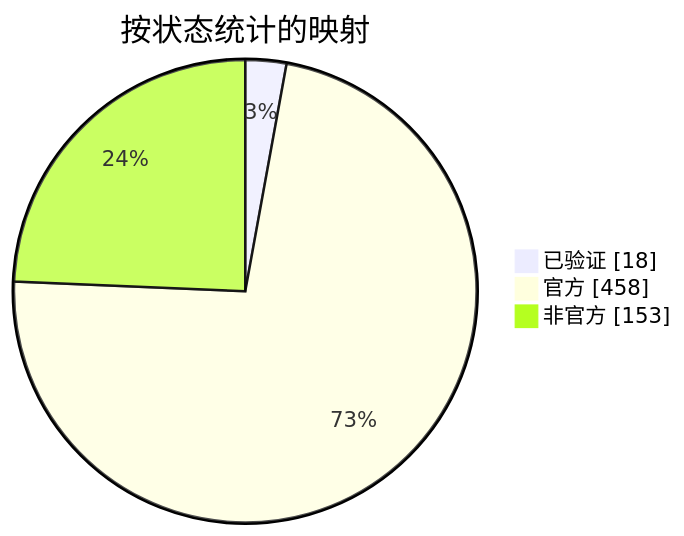
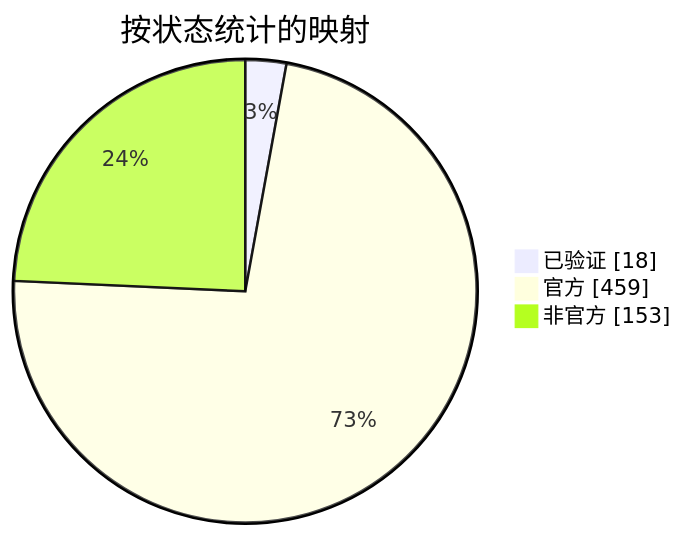
One commit to nobrega8/mbmap-library changed the diagram in docs/readme/README_ZHS.md. Above: the diagram before and after it, drawn with Mermaid. The commit also changed 6 other files, not shown here.

````diff
--- a/docs/readme/README_ZHS.md
+++ b/docs/readme/README_ZHS.md
@@ -54,7 +54,7 @@
 ```mermaid
 pie showData
     title 按状态统计的映射
     "已验证" : 18
-    "官方" : 458
+    "官方" : 459
     "非官方" : 153
 ```
````
